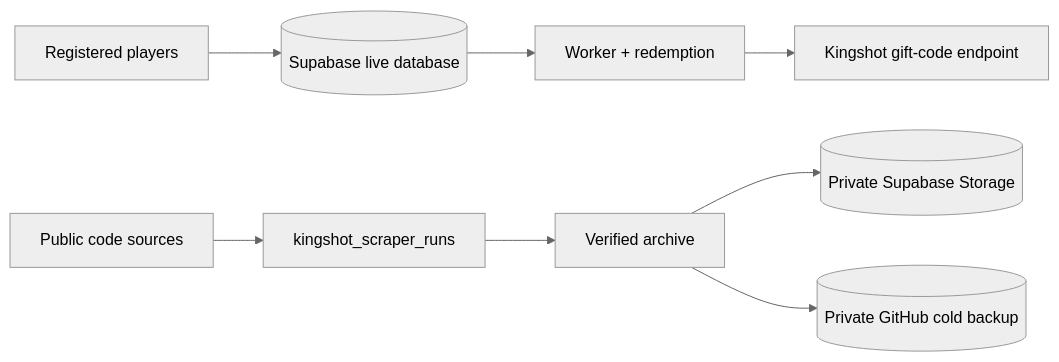
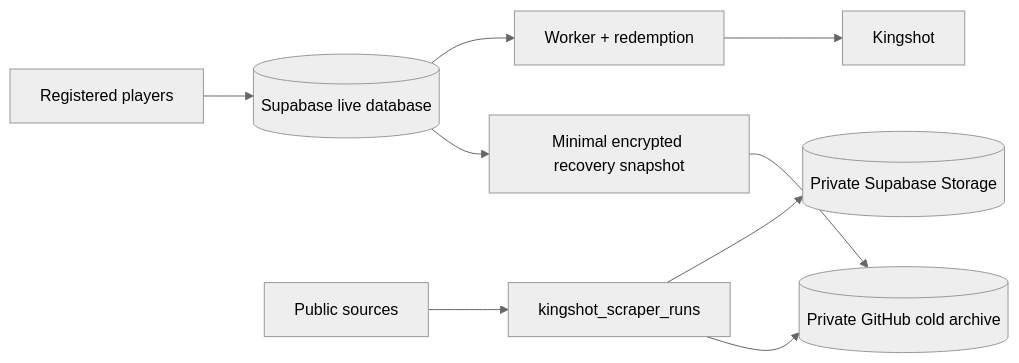
Before and after one commit to Judson-web/kingshot-auto-redeemer: the second of 2 diagrams in README.md, drawn with Mermaid (neutral theme). The commit also changed other lines of this file, not shown here.

Commit message:
docs: overhaul README architecture and operations guide

````diff
--- a/README.md
+++ b/README.md
@@ -65,11 +116,11 @@
 ```mermaid
 flowchart LR
-    U[Registered players] --> S[(Supabase live database)]
-    S --> R[Worker + redemption]
-    R --> K[Kingshot gift-code endpoint]
-
-    C[Public code sources] --> SC[kingshot_scraper_runs]
-    SC --> A[Verified archive]
+    U[Registered players] --> DB[(Supabase live database)]
+    DB --> W[Worker + redemption]
+    W --> K[Kingshot]
+    C[Public sources] --> A[kingshot_scraper_runs]
     A --> ST[(Private Supabase Storage)]
-    A --> GH[(Private GitHub cold backup)]
+    A --> GH[(Private GitHub cold archive)]
+    DB --> DR[Minimal encrypted recovery snapshot]
+    DR --> GH
 ```
````
